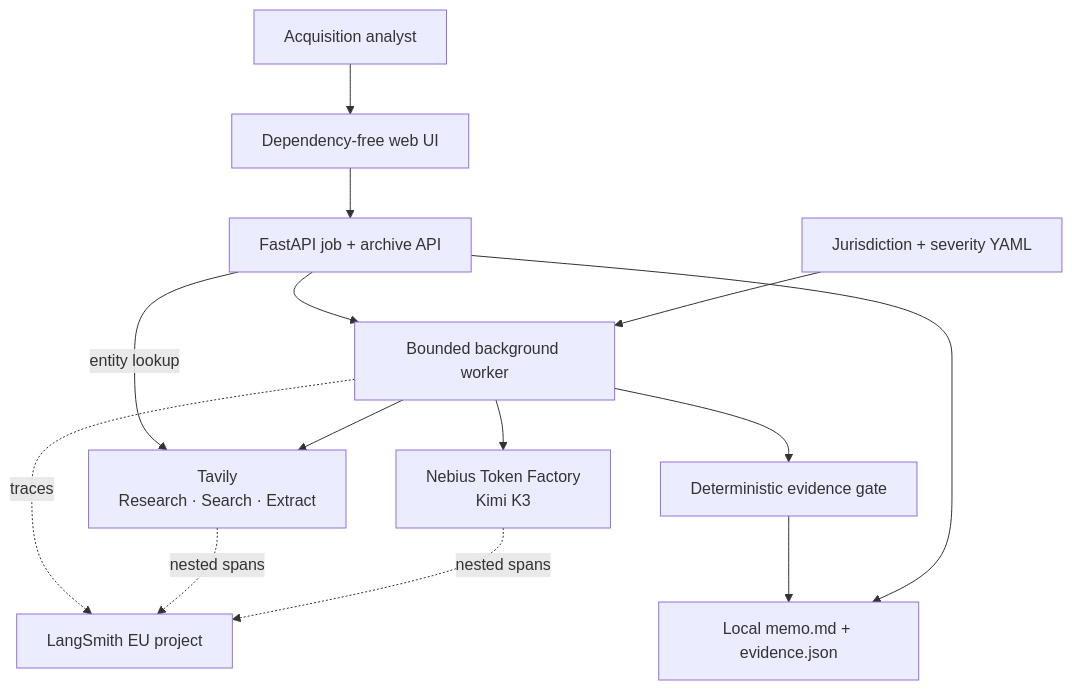
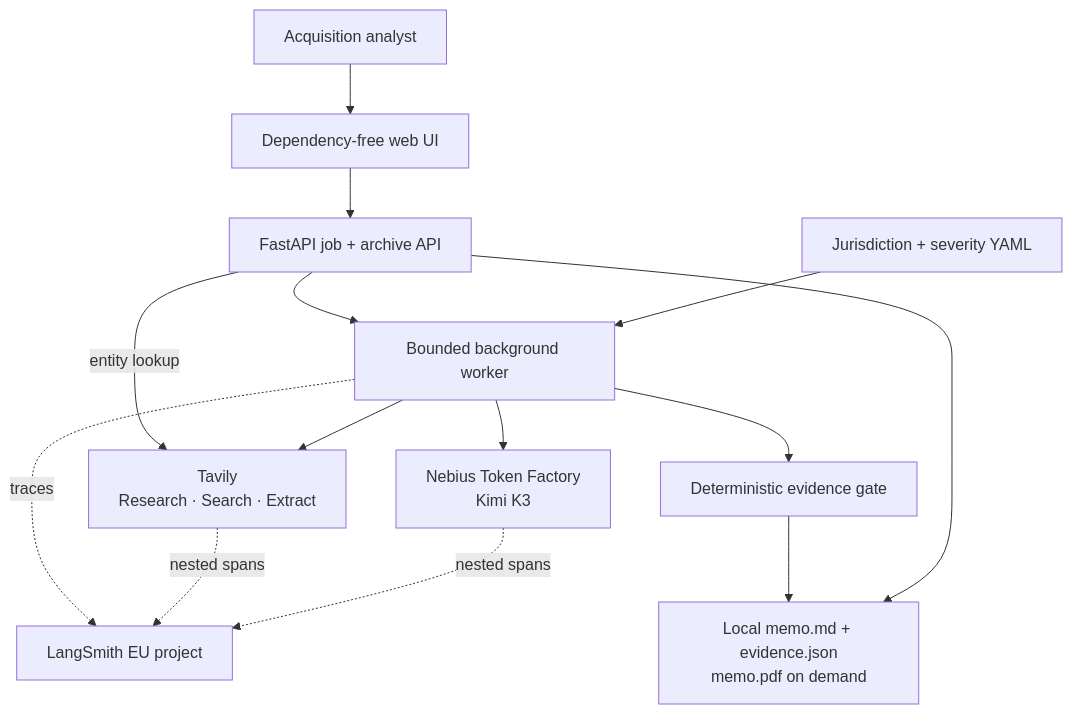
Before and after one commit to 0xtigerclaw/deal_lens: the first of 7 diagrams in docs/ARCHITECTURE.md, drawn with Mermaid. The commit also changed other lines of this file and 7 other files, not shown here.

````diff
--- a/docs/ARCHITECTURE.md
+++ b/docs/ARCHITECTURE.md
@@ -8,26 +8,26 @@
 ```mermaid
 flowchart TB
     Analyst["Acquisition analyst"]
     UI["Dependency-free web UI"]
     API["FastAPI job + archive API"]
     Worker["Bounded background worker"]
     Config["Jurisdiction + severity YAML"]
     Tavily["Tavily<br/>Research · Search · Extract"]
     Nebius["Nebius Token Factory<br/>Kimi K3"]
     Gate["Deterministic evidence gate"]
-    Artifacts["Local memo.md + evidence.json"]
+    Artifacts["Local memo.md + evidence.json<br/>memo.pdf on demand"]
     LS["LangSmith EU project"]
 
     Analyst --> UI --> API
     API -->|"entity lookup"| Tavily
     API --> Worker
     Config --> Worker
     Worker --> Tavily
     Worker --> Nebius
     Worker --> Gate
     Gate --> Artifacts
     API --> Artifacts
     Worker -. "traces" .-> LS
     Tavily -. "nested spans" .-> LS
     Nebius -. "nested spans" .-> LS
 ```
````
